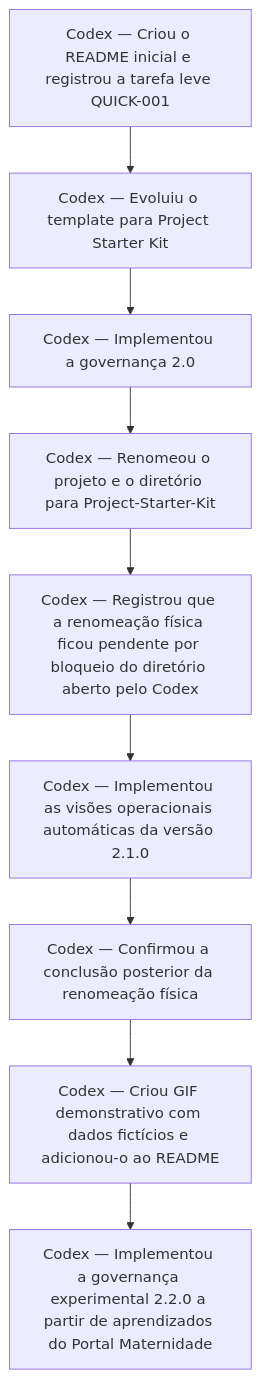
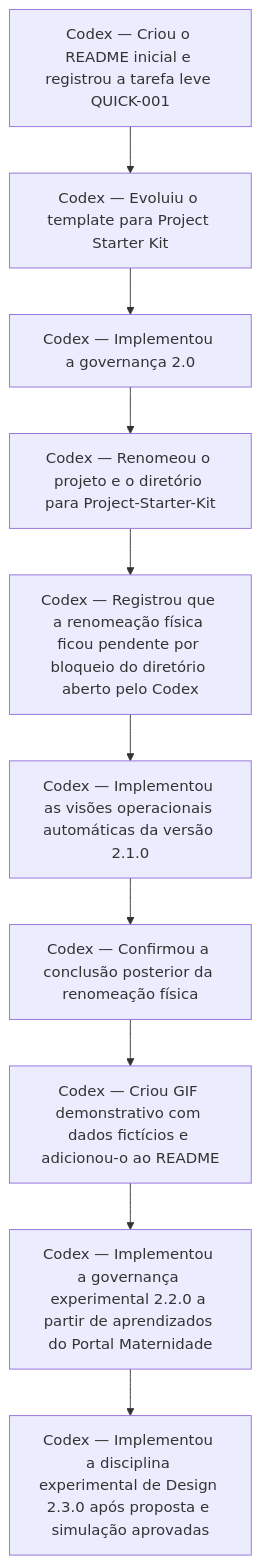
The diagram in _project-kit/generated/CONTRIBUTION_HISTORY.md (Rogeriocsantana/Project-Starter-Kit), drawn with Mermaid before and after one commit. The commit also changed other lines of this file and 31 other files, not shown here.

First line of the commit message:
feat(design): adicionar disciplina de Design UI/UX ao Project Kit

````diff
--- a/_project-kit/generated/CONTRIBUTION_HISTORY.md
+++ b/_project-kit/generated/CONTRIBUTION_HISTORY.md
@@ -5,20 +5,22 @@
 ```mermaid
 flowchart TD
     A0["Codex — Criou o README inicial e registrou a tarefa leve QUICK-001"]
     A1["Codex — Evoluiu o template para Project Starter Kit"]
     A2["Codex — Implementou a governança 2.0"]
     A3["Codex — Renomeou o projeto e o diretório para Project-Starter-Kit"]
     A4["Codex — Registrou que a renomeação física ficou pendente por bloqueio do diretório aberto pelo Codex"]
     A5["Codex — Implementou as visões operacionais automáticas da versão 2.1.0"]
     A6["Codex — Confirmou a conclusão posterior da renomeação física"]
     A7["Codex — Criou GIF demonstrativo com dados fictícios e adicionou-o ao README"]
     A8["Codex — Implementou a governança experimental 2.2.0 a partir de aprendizados do Portal Maternidade"]
+    A9["Codex — Implementou a disciplina experimental de Design 2.3.0 após proposta e simulação aprovadas"]
     A0 --> A1
     A1 --> A2
     A2 --> A3
     A3 --> A4
     A4 --> A5
     A5 --> A6
     A6 --> A7
     A7 --> A8
+    A8 --> A9
 ```
````
